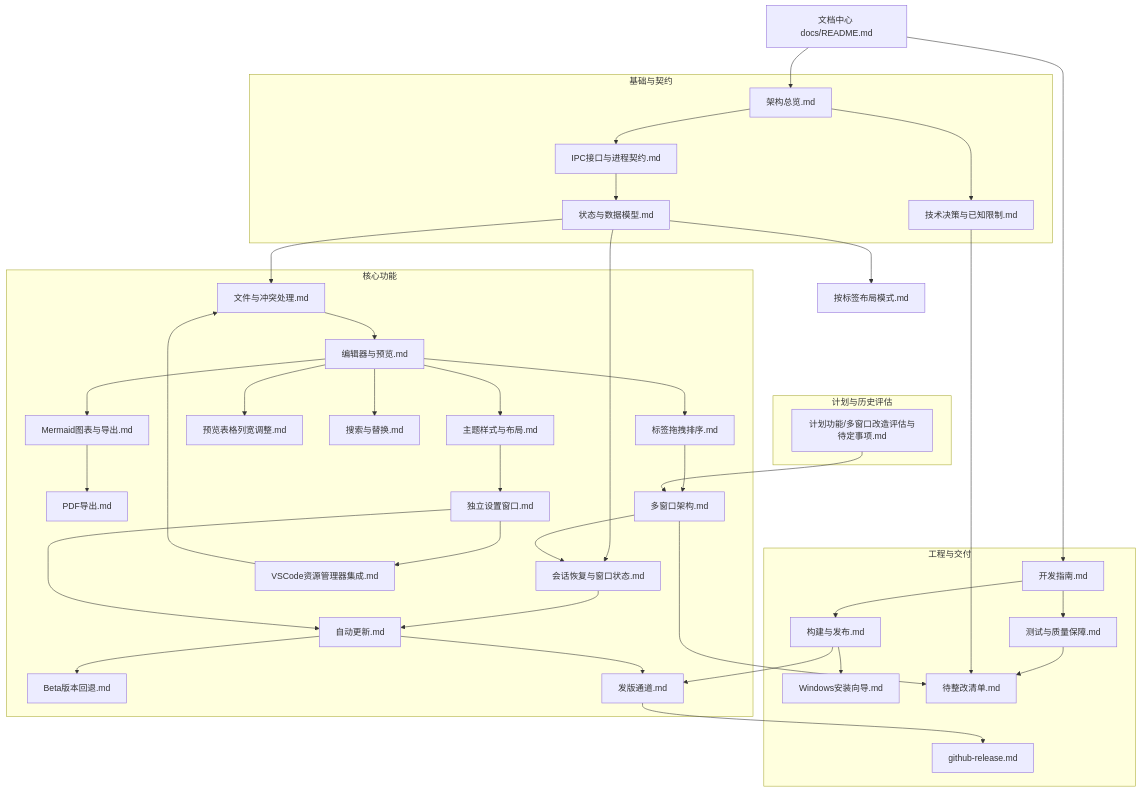
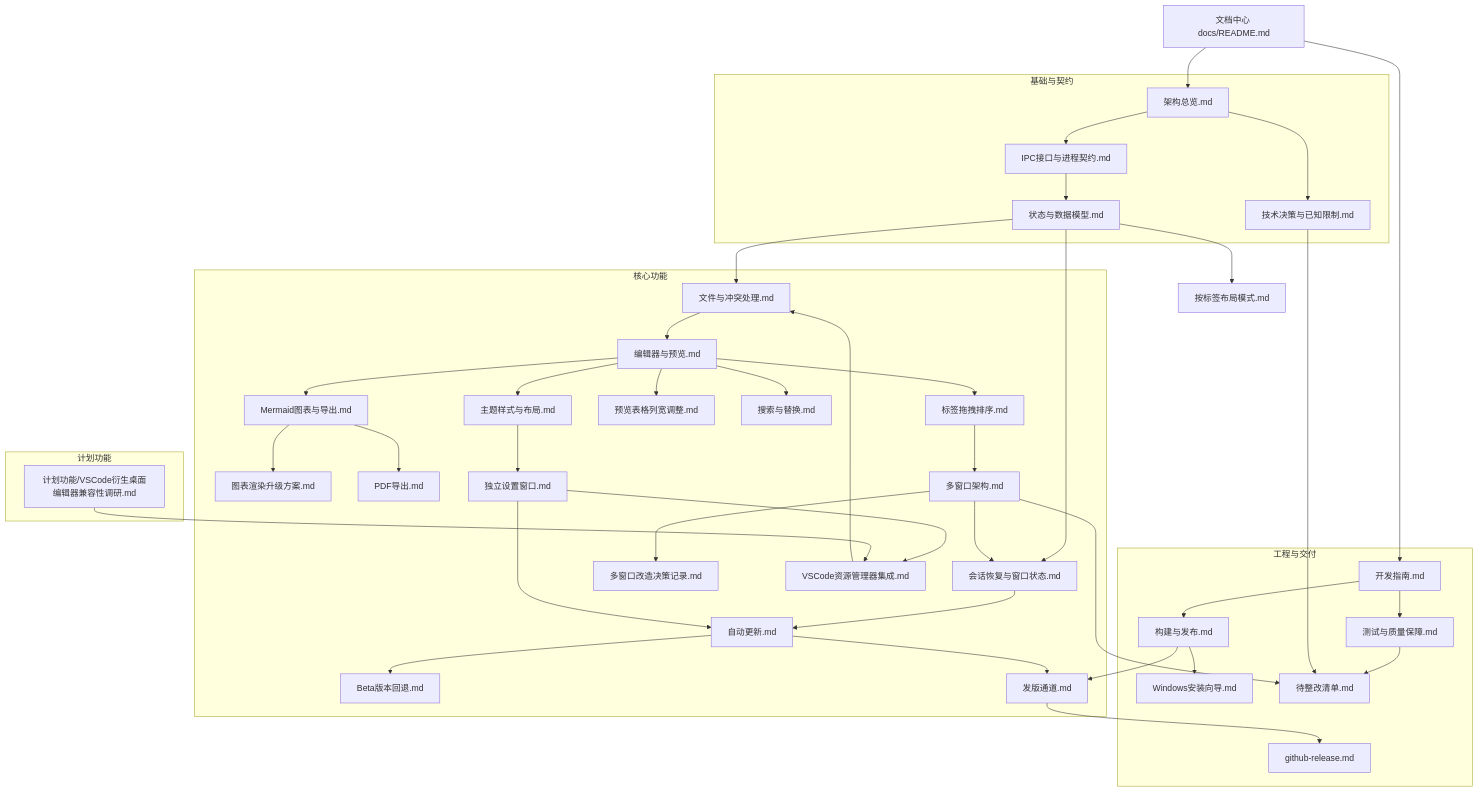
Before and after one commit to Harley-xk/mark-it: the diagram in docs/README.md, drawn with Mermaid. The commit also changed other lines of this file and 22 other files, not shown here.

Commit message:
feat(preview): 统一图表渲染并修复主题切换重绘

````diff
--- a/docs/README.md
+++ b/docs/README.md
@@ -14,76 +14,80 @@
 ```mermaid
 flowchart TD
   IDX["文档中心 docs/README.md"]
 
   subgraph 基础与契约
     ARCH["架构总览.md"]
     DEC["技术决策与已知限制.md"]
     IPC["IPC接口与进程契约.md"]
     DATA["状态与数据模型.md"]
   end
 
   subgraph 核心功能
     FILE["文件与冲突处理.md"]
     SESSION["会话恢复与窗口状态.md"]
     EDIT["编辑器与预览.md"]
     THEME["主题样式与布局.md"]
     MERMAID["Mermaid图表与导出.md"]
+    DIAGRAM["图表渲染升级方案.md"]
     PDF["PDF导出.md"]
     TABLE["预览表格列宽调整.md"]
     SEARCH["搜索与替换.md"]
     TABORDER["标签拖拽排序.md"]
     MULTI["多窗口架构.md"]
+    MULTIDEC["多窗口改造决策记录.md"]
     UPDATE["自动更新.md"]
     ROLLBACK["Beta版本回退.md"]
     CHANNEL["发版通道.md"]
     VSCODE["VSCode资源管理器集成.md"]
     SETTINGS["独立设置窗口.md"]
   end
 
   subgraph 工程与交付
     BUILD["构建与发布.md"]
     INSTALLER["Windows安装向导.md"]
     RELEASE["github-release.md"]
     DEV["开发指南.md"]
     QA["测试与质量保障.md"]
     TODO["待整改清单.md"]
   end
 
-  subgraph PLANNED["计划与历史评估"]
-    MULTIEVAL["计划功能/多窗口改造评估与待定事项.md"]
+  subgraph PLANNED["计划功能"]
+    VSRESEARCH["计划功能/VSCode衍生桌面编辑器兼容性调研.md"]
   end
 
   IDX --> ARCH
   IDX --> DEV
   ARCH --> DEC
   ARCH --> IPC
   IPC --> DATA
   DATA --> FILE
   DATA --> SESSION
   DATA --> LAYOUT["按标签布局模式.md"]
   FILE --> EDIT
   EDIT --> THEME
   EDIT --> MERMAID
+  MERMAID --> DIAGRAM
   EDIT --> TABLE
   EDIT --> SEARCH
   EDIT --> TABORDER
   MERMAID --> PDF
   SESSION --> UPDATE
   UPDATE --> ROLLBACK
   UPDATE --> CHANNEL
   THEME --> SETTINGS
   SETTINGS --> UPDATE
   SETTINGS --> VSCODE
   VSCODE --> FILE
   DEV --> QA
   DEV --> BUILD
   BUILD --> INSTALLER
   BUILD --> CHANNEL
   CHANNEL --> RELEASE
   QA --> TODO
   DEC --> TODO
   TABORDER --> MULTI
   MULTI --> SESSION
+  MULTI --> MULTIDEC
   MULTI --> TODO
-  MULTIEVAL --> MULTI
+  VSRESEARCH --> VSCODE
 ```
````
